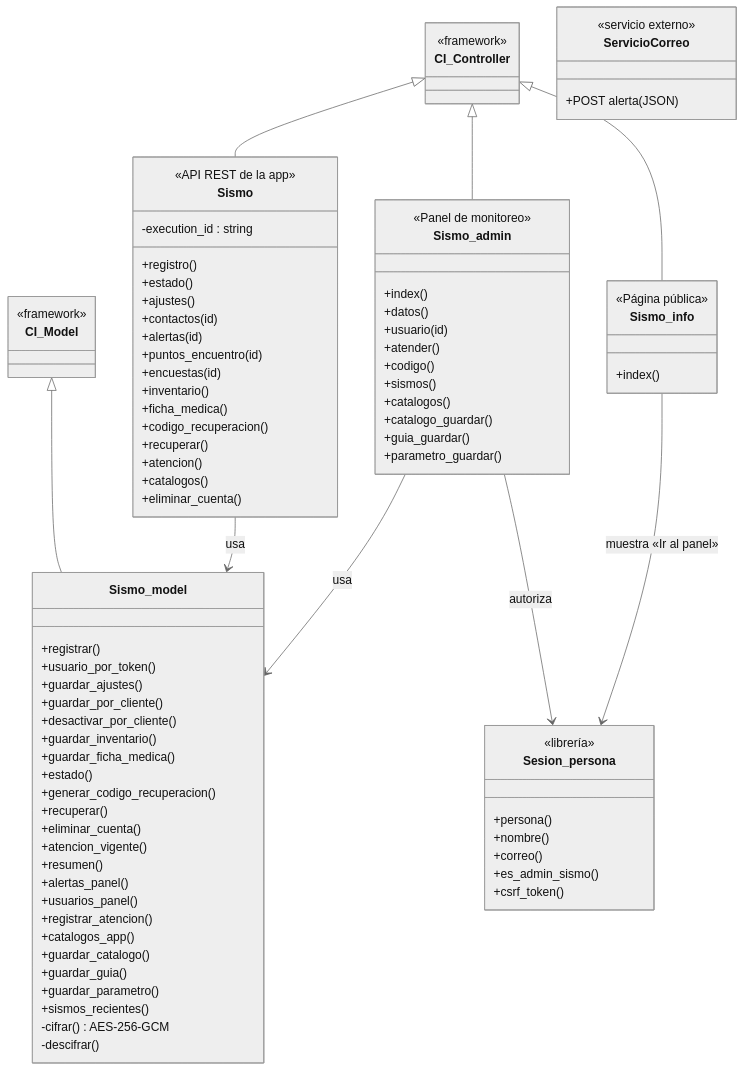
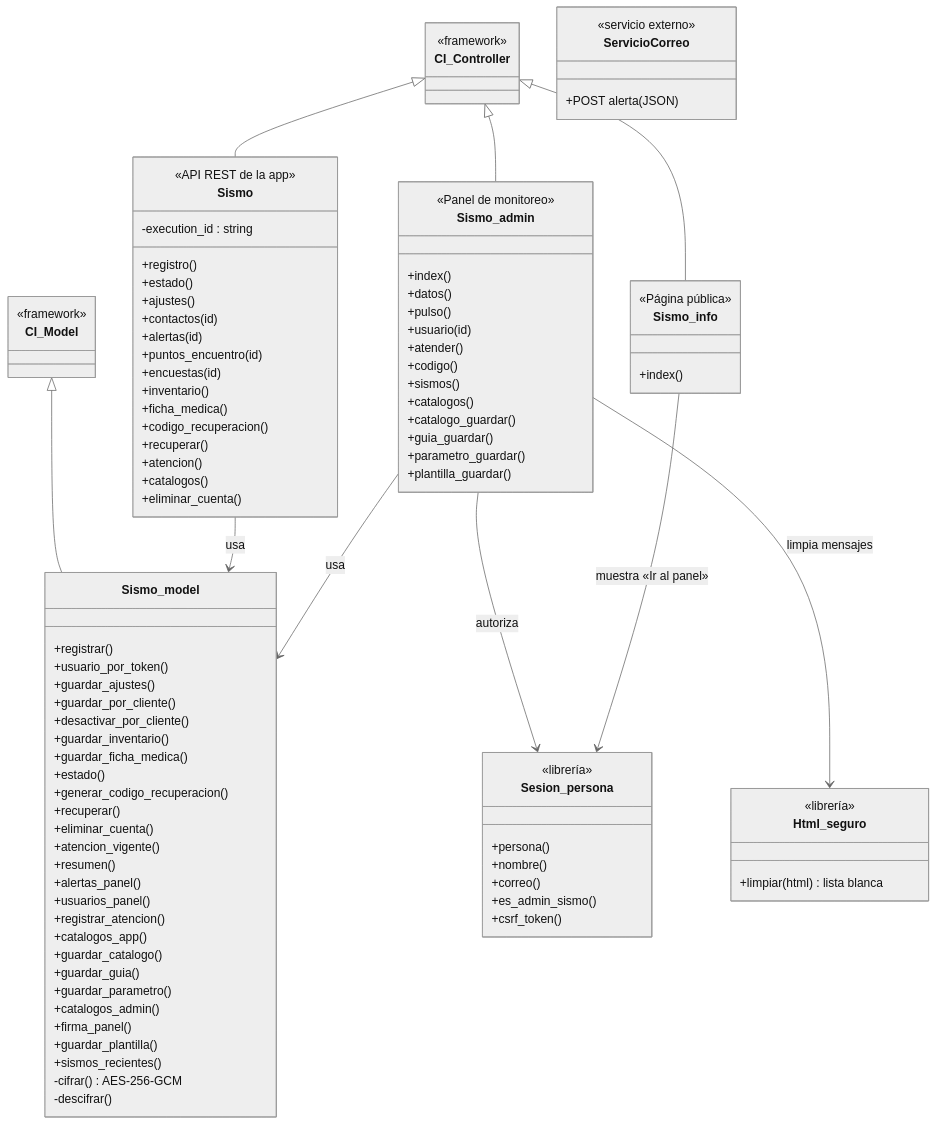
One commit to Davidhunter13/Sismo_front changed the diagram in screenshots/segunda_entrega/diagramas/fuentes/1-uml-y-funcionales/04a-clases-backend.mmd. Above: the diagram before and after it, drawn with Mermaid (neutral theme). The commit also changed 97 other files, not shown here.

```diff
--- a/screenshots/segunda_entrega/diagramas/fuentes/1-uml-y-funcionales/04a-clases-backend.mmd
+++ b/screenshots/segunda_entrega/diagramas/fuentes/1-uml-y-funcionales/04a-clases-backend.mmd
@@ -1,85 +1,95 @@
 %% title: Diagrama de clases — Backend (CodeIgniter 3)
 classDiagram
   direction TB
   class CI_Controller { <<framework>> }
   class CI_Model { <<framework>> }
   class Sismo {
     <<API REST de la app>>
     -execution_id : string
     +registro()
     +estado()
     +ajustes()
     +contactos(id)
     +alertas(id)
     +puntos_encuentro(id)
     +encuestas(id)
     +inventario()
     +ficha_medica()
     +codigo_recuperacion()
     +recuperar()
     +atencion()
     +catalogos()
     +eliminar_cuenta()
   }
   class Sismo_admin {
     <<Panel de monitoreo>>
     +index()
     +datos()
+    +pulso()
     +usuario(id)
     +atender()
     +codigo()
     +sismos()
     +catalogos()
     +catalogo_guardar()
     +guia_guardar()
     +parametro_guardar()
+    +plantilla_guardar()
   }
   class Sismo_info {
     <<Página pública>>
     +index()
   }
   class Sismo_model {
     +registrar()
     +usuario_por_token()
     +guardar_ajustes()
     +guardar_por_cliente()
     +desactivar_por_cliente()
     +guardar_inventario()
     +guardar_ficha_medica()
     +estado()
     +generar_codigo_recuperacion()
     +recuperar()
     +eliminar_cuenta()
     +atencion_vigente()
     +resumen()
     +alertas_panel()
     +usuarios_panel()
     +registrar_atencion()
     +catalogos_app()
     +guardar_catalogo()
     +guardar_guia()
     +guardar_parametro()
+    +catalogos_admin()
+    +firma_panel()
+    +guardar_plantilla()
     +sismos_recientes()
     -cifrar() AES-256-GCM
     -descifrar()
   }
   class Sesion_persona {
     <<librería>>
     +persona()
     +nombre()
     +correo()
     +es_admin_sismo()
     +csrf_token()
   }
+  class Html_seguro {
+    <<librería>>
+    +limpiar(html) lista blanca
+  }
   class ServicioCorreo {
     <<servicio externo>>
     +POST alerta(JSON)
   }
   CI_Controller <|-- Sismo
   CI_Controller <|-- Sismo_admin
   CI_Controller <|-- Sismo_info
   CI_Model <|-- Sismo_model
   Sismo --> Sismo_model : usa
   Sismo_admin --> Sismo_model : usa
   Sismo_admin --> Sesion_persona : autoriza
+  Sismo_admin --> Html_seguro : limpia mensajes
   Sismo_info --> Sesion_persona : muestra «Ir al panel»
```
